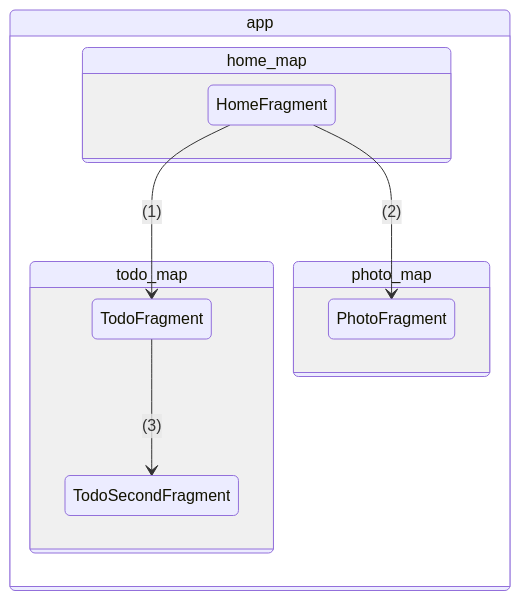
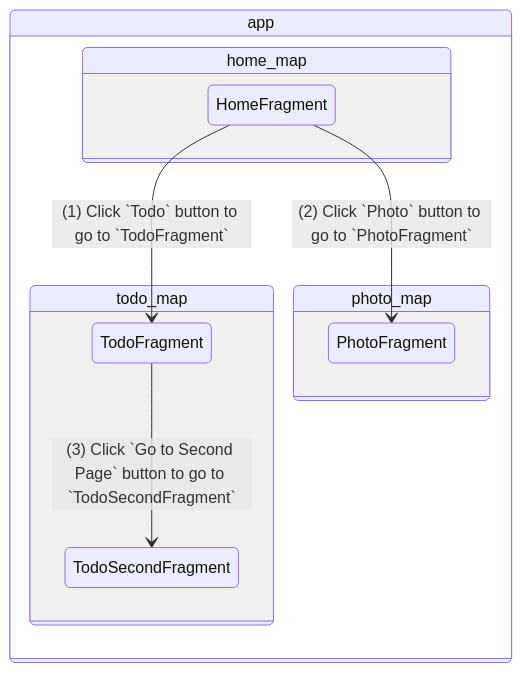
Before and after one commit to cambridge-cares/TheWorldAvatar: the second of 3 diagrams in Apps/SampleApp/README.md, drawn with Mermaid. The commit also changed other lines of this file and 1 other file, not shown here.

````diff
--- a/Apps/SampleApp/README.md
+++ b/Apps/SampleApp/README.md
@@ -57,22 +102,21 @@
 ```mermaid
-    stateDiagram-v2
-      direction LR
+  stateDiagram-v2
+    direction LR
 
-      HomeFragment --> TodoFragment: (1)
-      HomeFragment --> PhotoFragment: (2)
+    HomeFragment --> TodoFragment: (1) Click `Todo` button to go to `TodoFragment`
+    HomeFragment --> PhotoFragment: (2) Click `Photo` button to go to `PhotoFragment`
 
-      state app {
-        state home_map {
-          HomeFragment
-        }
-
-        state todo_map {
-          TodoFragment --> TodoSecondFragment: (3)
-        }
-
-        state photo_map {
-          PhotoFragment
-        }
+    state app {
+      state home_map {
+        HomeFragment
       }
 
+      state todo_map {
+        TodoFragment --> TodoSecondFragment: (3) Click `Go to Second Page` button to go to `TodoSecondFragment`
+      }
+
+      state photo_map {
+        PhotoFragment
+      }
+    }
 ```
````
